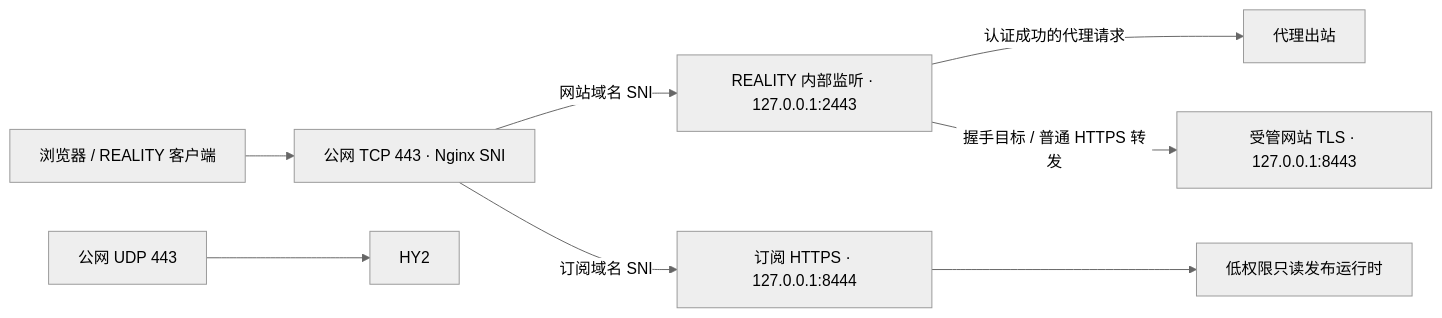
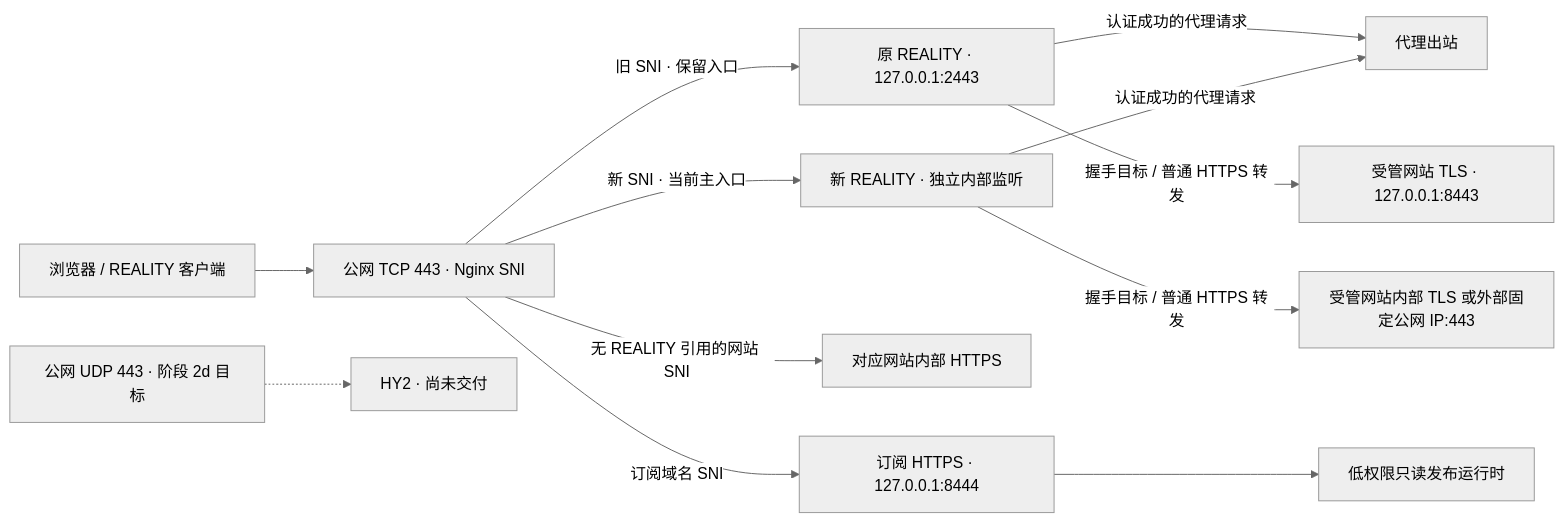
Before and after one commit to Forlooong/proxyhub: the diagram in docs/superpowers/specs/2026-10-14-proxyhub-design.md, drawn with Mermaid (neutral theme). The commit also changed other lines of this file and 28 other files, not shown here.

Commit message:
feat: add REALITY target and SNI migration

````diff
--- a/docs/superpowers/specs/2026-10-14-proxyhub-design.md
+++ b/docs/superpowers/specs/2026-10-14-proxyhub-design.md
@@ -100,10 +100,14 @@
 ```mermaid
 flowchart LR
     B["浏览器 / REALITY 客户端"] --> A["公网 TCP 443 · Nginx SNI"]
-    A -->|网站域名 SNI| R["REALITY 内部监听 · 127.0.0.1:2443"]
+    A -->|旧 SNI · 保留入口| R["原 REALITY · 127.0.0.1:2443"]
     R -->|认证成功的代理请求| P["代理出站"]
     R -->|握手目标 / 普通 HTTPS 转发| W["受管网站 TLS · 127.0.0.1:8443"]
+    A -->|新 SNI · 当前主入口| N["新 REALITY · 独立内部监听"]
+    N -->|认证成功的代理请求| P
+    N -->|握手目标 / 普通 HTTPS 转发| T["受管网站内部 TLS 或外部固定公网 IP:443"]
+    A -->|无 REALITY 引用的网站 SNI| V["对应网站内部 HTTPS"]
     A -->|订阅域名 SNI| S["订阅 HTTPS · 127.0.0.1:8444"]
     S --> F["低权限只读发布运行时"]
-    U["公网 UDP 443"] --> H["HY2"]
+    U["公网 UDP 443 · 阶段 2d 目标"] -.-> H["HY2 · 尚未交付"]
 ```
````
